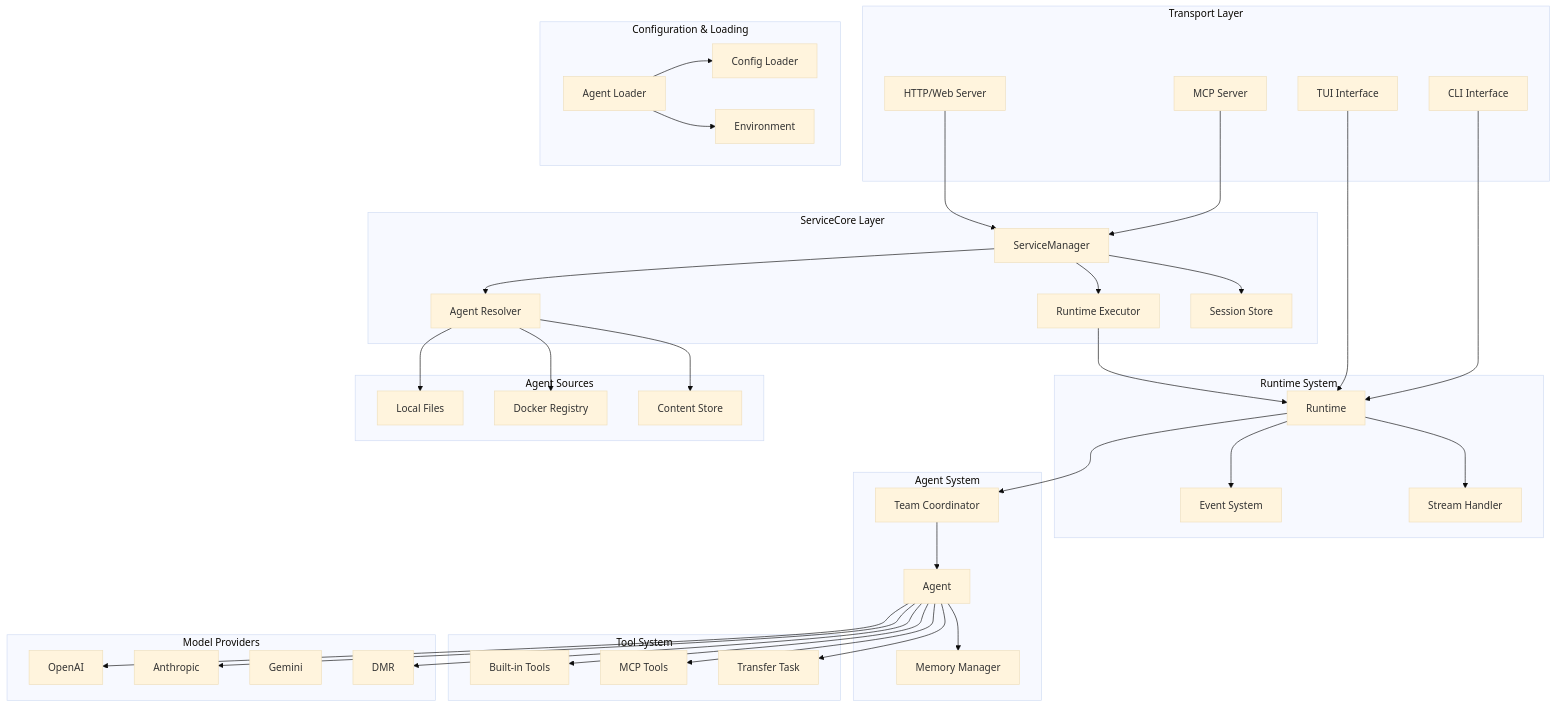
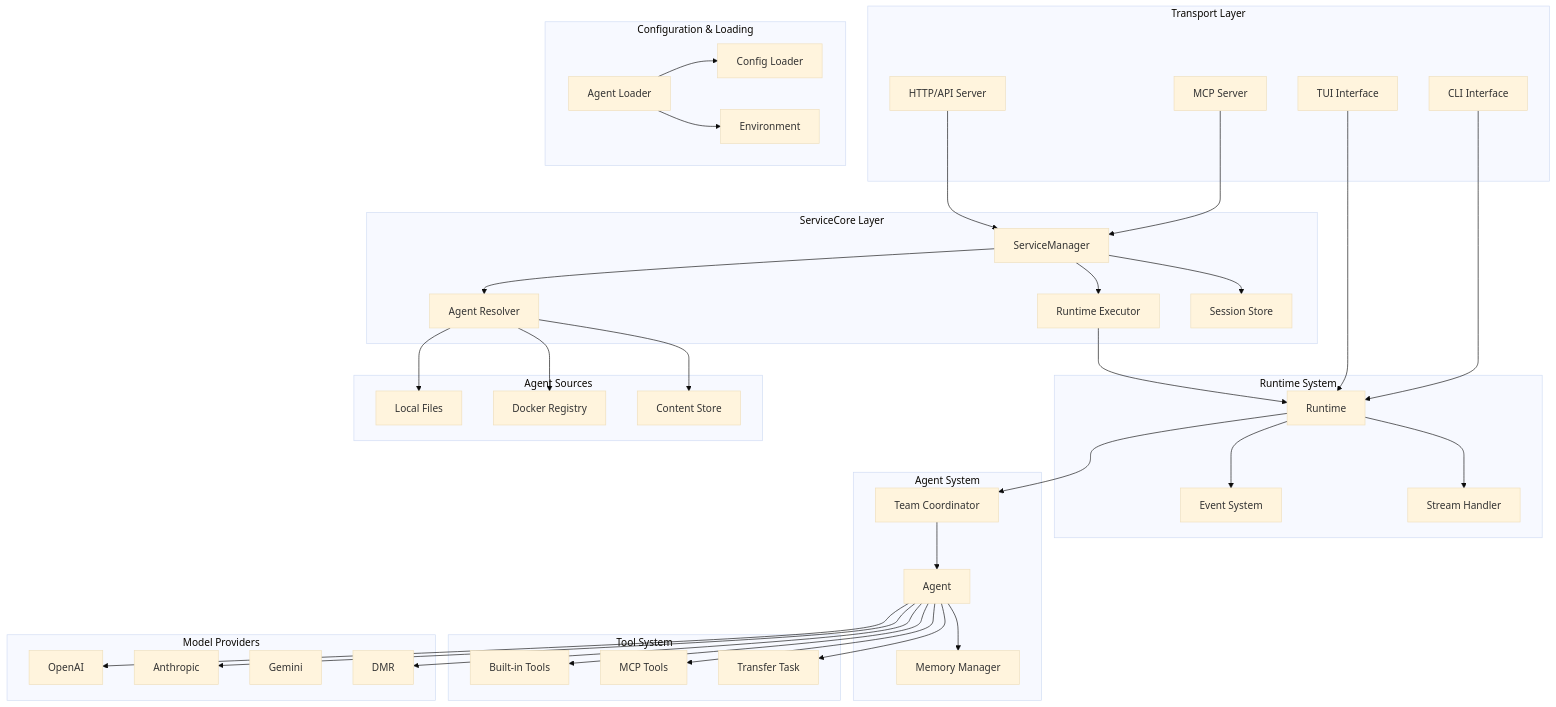
Before and after one commit to vvoland/cagent: the first of 12 diagrams in docs/architecture.md, drawn with Mermaid (base theme). The commit also changed other lines of this file and 9 other files, not shown here.

```diff
--- a/docs/architecture.md
+++ b/docs/architecture.md
@@ -23,7 +23,7 @@
 graph TB
     subgraph "Transport Layer"
         MCP[MCP Server]
-        HTTP[HTTP/Web Server]
+        HTTP[HTTP/API Server]
         CLI[CLI Interface]
         TUI[TUI Interface]
     end
```
